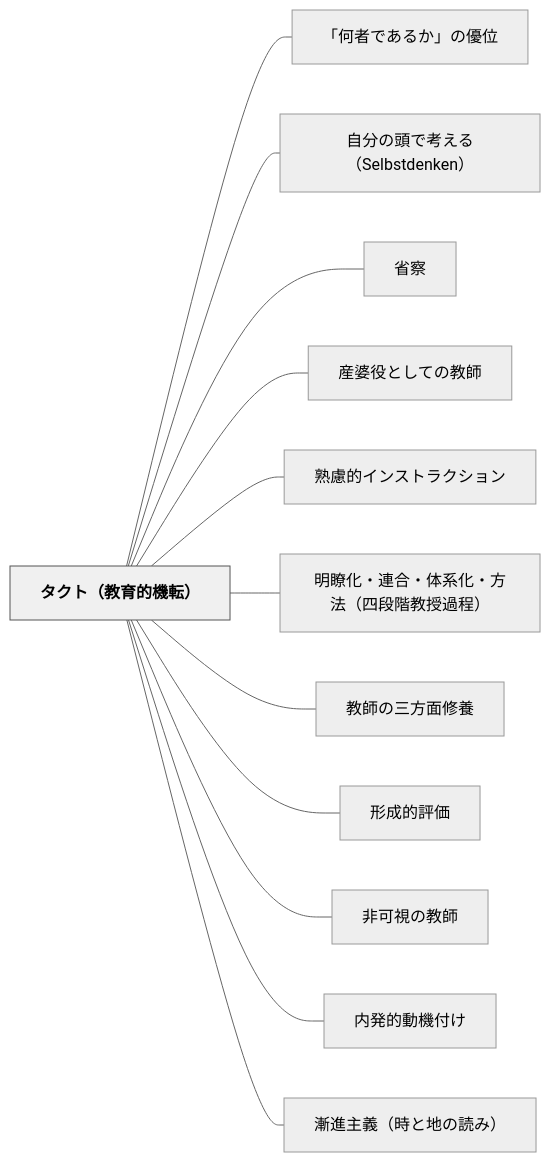
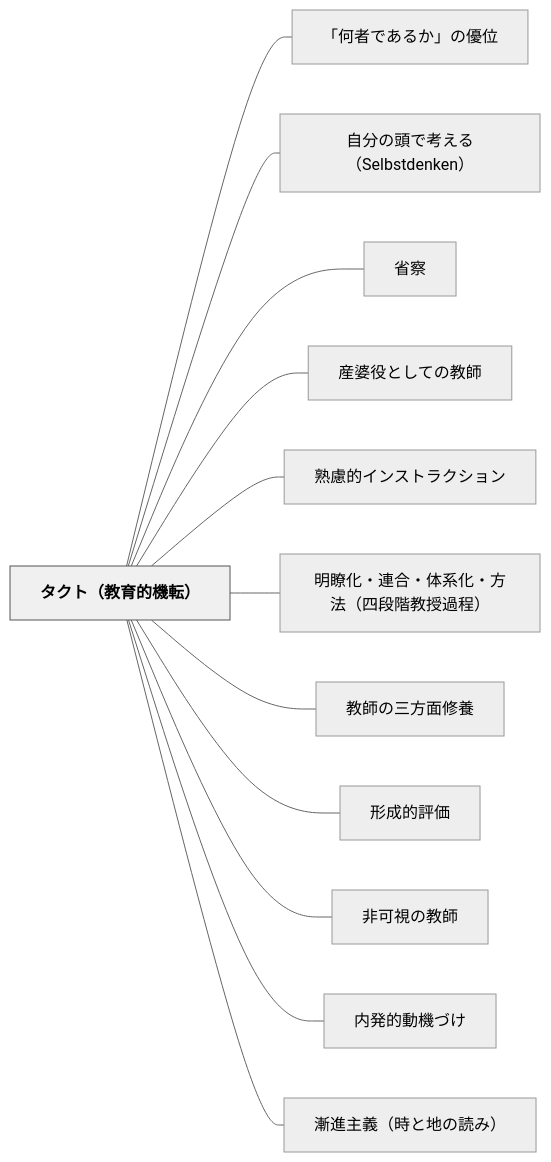
Before and after one commit to unknownthings-ed-patterns/unknownthings-ed-patterns: the diagram in content/パタン/タクト（教育的機転）.md, drawn with Mermaid (neutral theme). The commit also changed other lines of this file and 234 other files, not shown here.

````diff
--- a/content/パタン/タクト（教育的機転）.md
+++ b/content/パタン/タクト（教育的機転）.md
@@ -104,30 +104,30 @@
 ```mermaid
 flowchart LR
     ne382bfe382afe38388efbc88e69599e882b2e79a84e6a99fe8bba2efbc89["タクト（教育的機転）"]
     ne3808ce4bd95e88085e381a7e38182e3828be3818be3808de381aee584aae4bd8d["「何者であるか」の優位"]
     ne887aae58886e381aee9a0ade381a7e88083e38188e3828befbc8853656c62737464656e6b656eefbc89["自分の頭で考える（Selbstdenken）"]
     ne79c81e5af9f["省察"]
     ne794a3e5a986e5bdb9e381a8e38197e381a6e381aee69599e5b8ab["産婆役としての教師"]
     ne7869fe685aee79a84e382a4e383b3e382b9e38388e383a9e382afe382b7e383a7e383b3["熟慮的インストラクション"]
     ne6988ee79eade58c96e383bbe980a3e59088e383bbe4bd93e7b3bbe58c96e383bbe696b9e6b395efbc88e59b9be6aeb5e99a8ee69599e68e88e9818ee7a88befbc89["明瞭化・連合・体系化・方法（四段階教授過程）"]
     ne69599e5b8abe381aee4b889e696b9e99da2e4bfaee9a48a["教師の三方面修養"]
     ne5bda2e68890e79a84e8a995e4bea1["形成的評価"]
     ne99d9ee58fafe8a696e381aee69599e5b8ab["非可視の教師"]
-    ne58685e799bae79a84e58b95e6a99fe4bb98e38191["内発的動機付け"]
+    ne58685e799bae79a84e58b95e6a99fe381a5e38191["内発的動機づけ"]
     ne6bcb8e980b2e4b8bbe7bea9efbc88e69982e381a8e59cb0e381aee8aaade381bfefbc89["漸進主義（時と地の読み）"]
 
     ne382bfe382afe38388efbc88e69599e882b2e79a84e6a99fe8bba2efbc89 --- ne3808ce4bd95e88085e381a7e38182e3828be3818be3808de381aee584aae4bd8d
     ne382bfe382afe38388efbc88e69599e882b2e79a84e6a99fe8bba2efbc89 --- ne887aae58886e381aee9a0ade381a7e88083e38188e3828befbc8853656c62737464656e6b656eefbc89
     ne382bfe382afe38388efbc88e69599e882b2e79a84e6a99fe8bba2efbc89 --- ne79c81e5af9f
     ne382bfe382afe38388efbc88e69599e882b2e79a84e6a99fe8bba2efbc89 --- ne794a3e5a986e5bdb9e381a8e38197e381a6e381aee69599e5b8ab
     ne382bfe382afe38388efbc88e69599e882b2e79a84e6a99fe8bba2efbc89 --- ne7869fe685aee79a84e382a4e383b3e382b9e38388e383a9e382afe382b7e383a7e383b3
     ne382bfe382afe38388efbc88e69599e882b2e79a84e6a99fe8bba2efbc89 --- ne6988ee79eade58c96e383bbe980a3e59088e383bbe4bd93e7b3bbe58c96e383bbe696b9e6b395efbc88e59b9be6aeb5e99a8ee69599e68e88e9818ee7a88befbc89
     ne382bfe382afe38388efbc88e69599e882b2e79a84e6a99fe8bba2efbc89 --- ne69599e5b8abe381aee4b889e696b9e99da2e4bfaee9a48a
     ne382bfe382afe38388efbc88e69599e882b2e79a84e6a99fe8bba2efbc89 --- ne5bda2e68890e79a84e8a995e4bea1
     ne382bfe382afe38388efbc88e69599e882b2e79a84e6a99fe8bba2efbc89 --- ne99d9ee58fafe8a696e381aee69599e5b8ab
-    ne382bfe382afe38388efbc88e69599e882b2e79a84e6a99fe8bba2efbc89 --- ne58685e799bae79a84e58b95e6a99fe4bb98e38191
+    ne382bfe382afe38388efbc88e69599e882b2e79a84e6a99fe8bba2efbc89 --- ne58685e799bae79a84e58b95e6a99fe381a5e38191
     ne382bfe382afe38388efbc88e69599e882b2e79a84e6a99fe8bba2efbc89 --- ne6bcb8e980b2e4b8bbe7bea9efbc88e69982e381a8e59cb0e381aee8aaade381bfefbc89
 
     classDef hub fill:#f0f0f0,stroke:#555,color:#000,font-weight:bold
     class ne382bfe382afe38388efbc88e69599e882b2e79a84e6a99fe8bba2efbc89 hub
 ```
````
